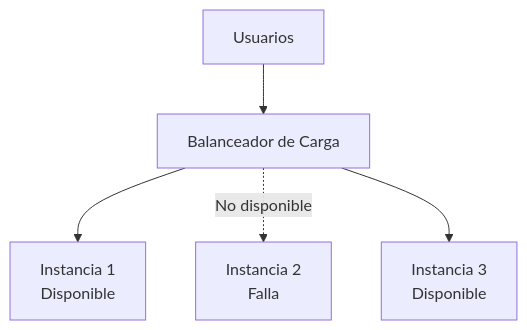
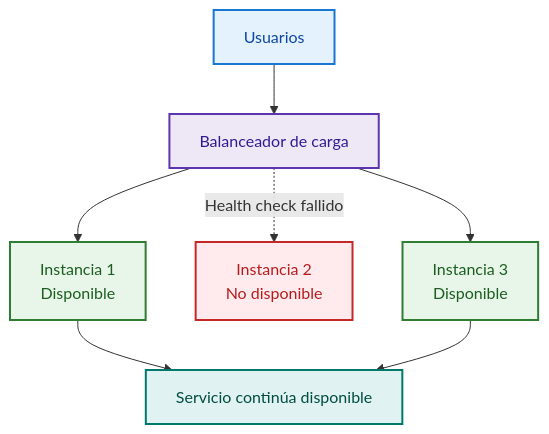
The fifth of 8 diagrams in arquitectura/arquitectura-inicial.md (Roki-7/PlataformaServicios-Arquitectura-Anderson-Ochoa), drawn with Mermaid before and after one commit. The commit also changed other lines of this file, not shown here.

Commit message:
docs: mejorar arquitectura y diagramas del sistema

````diff
--- a/arquitectura/arquitectura-inicial.md
+++ b/arquitectura/arquitectura-inicial.md
@@ -246,16 +515,37 @@
 ```mermaid
 flowchart TB
 
-    USERS["Usuarios"]
-    LB["Balanceador de Carga"]
+    U["Usuarios"]
+
+    LB["Balanceador de carga"]
 
     B1["Instancia 1<br/>Disponible"]
-    B2["Instancia 2<br/>Falla"]
+
+    B2["Instancia 2<br/>No disponible"]
+
     B3["Instancia 3<br/>Disponible"]
 
-    USERS --> LB
+    SISTEMA["Servicio continúa disponible"]
+
+    U --> LB
 
     LB --> B1
-    LB -. "No disponible" .-> B2
+    LB -. "Health check fallido" .-> B2
     LB --> B3
+
+    B1 --> SISTEMA
+    B3 --> SISTEMA
+
+
+    classDef user fill:#E3F2FD,stroke:#1976D2,color:#0D47A1,stroke-width:2px;
+    classDef balancer fill:#EDE7F6,stroke:#5E35B1,color:#311B92,stroke-width:2px;
+    classDef healthy fill:#E8F5E9,stroke:#2E7D32,color:#1B5E20,stroke-width:2px;
+    classDef failed fill:#FFEBEE,stroke:#C62828,color:#B71C1C,stroke-width:2px;
+    classDef result fill:#E0F2F1,stroke:#00796B,color:#004D40,stroke-width:2px;
+
+    class U user;
+    class LB balancer;
+    class B1,B3 healthy;
+    class B2 failed;
+    class SISTEMA result;
 ```
````
